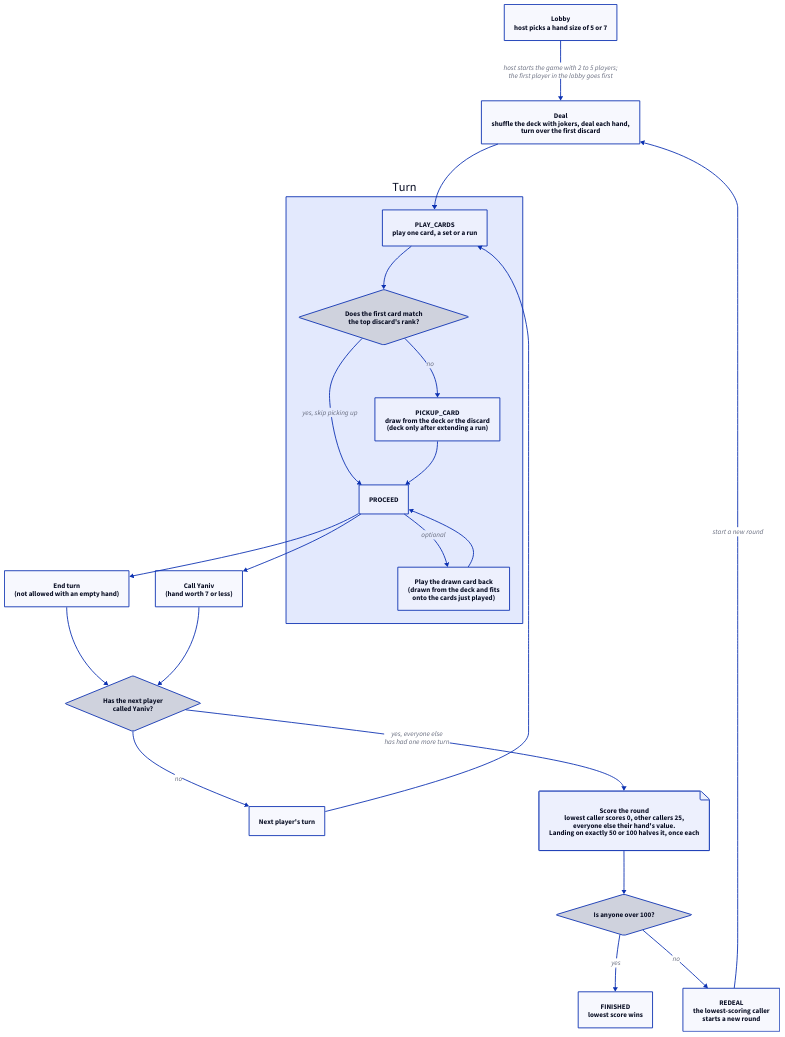
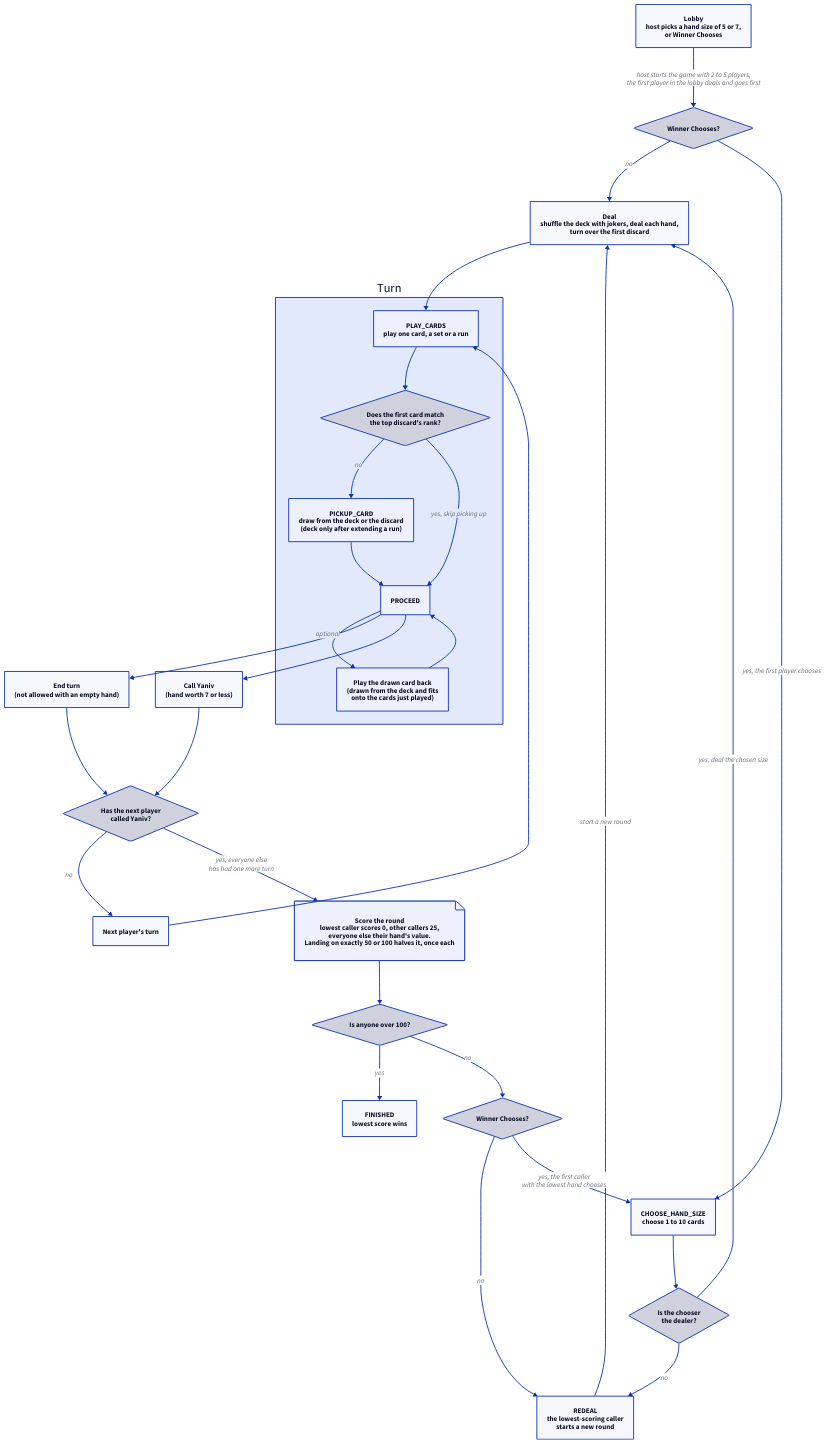
Before and after one commit to alastair-smith/card-games: the diagram in apps/docs/diagrams/flows/yaniv-game.d2, drawn with D2. The commit also changed 2 other files, not shown here.

Commit message:
📚 Add Winner Chooses to the lobby doc and Yaniv game flow

```diff
--- a/apps/docs/diagrams/flows/yaniv-game.d2
+++ b/apps/docs/diagrams/flows/yaniv-game.d2
@@ -1,47 +1,58 @@
 direction: down
 
-lobby: "Lobby\nhost picks a hand size of 5 or 7"
+lobby: "Lobby\nhost picks a hand size of 5 or 7,\nor Winner Chooses"
+first-hand-size: "Winner Chooses?" {shape: diamond}
+choose: "CHOOSE_HAND_SIZE\nchoose 1 to 10 cards"
+chooser-deals: "Is the chooser\nthe dealer?" {shape: diamond}
 deal: "Deal\nshuffle the deck with jokers, deal each hand,\nturn over the first discard"
 
 turn: "Turn" {
   play: "PLAY_CARDS\nplay one card, a set or a run"
   matches: "Does the first card match\nthe top discard's rank?" {shape: diamond}
   pickup: "PICKUP_CARD\ndraw from the deck or the discard\n(deck only after extending a run)"
   proceed: "PROCEED"
   play-back: "Play the drawn card back\n(drawn from the deck and fits\nonto the cards just played)"
 
   play -> matches
   matches -> pickup: no
   matches -> proceed: yes, skip picking up
   pickup -> proceed
   proceed -> play-back: optional
   play-back -> proceed
 }
 
 end-turn: "End turn\n(not allowed with an empty hand)"
 call-yaniv: "Call Yaniv\n(hand worth 7 or less)"
 next-called: "Has the next player\ncalled Yaniv?" {shape: diamond}
 next-player: Next player's turn
 
 score: "Score the round\nlowest caller scores 0, other callers 25,\neveryone else their hand's value.\nLanding on exactly 50 or 100 halves it, once each" {
   shape: page
 }
 over: "Is anyone over 100?" {shape: diamond}
+next-hand-size: "Winner Chooses?" {shape: diamond}
 redeal: "REDEAL\nthe lowest-scoring caller\nstarts a new round"
 finished: "FINISHED\nlowest score wins"
 
-lobby -> deal: "host starts the game with 2 to 5 players;\nthe first player in the lobby goes first"
+lobby -> first-hand-size: "host starts the game with 2 to 5 players;\nthe first player in the lobby deals and goes first"
+first-hand-size -> deal: no
+first-hand-size -> choose: "yes, the first player chooses"
+choose -> chooser-deals
+chooser-deals -> deal: "yes, deal the chosen size"
+chooser-deals -> redeal: no
 deal -> turn.play
 
 turn.proceed -> end-turn
 turn.proceed -> call-yaniv
 end-turn -> next-called
 call-yaniv -> next-called
 next-called -> next-player: no
 next-player -> turn.play
 next-called -> score: "yes, everyone else\nhas had one more turn"
 
 score -> over
 over -> finished: yes
-over -> redeal: no
+over -> next-hand-size: no
+next-hand-size -> redeal: no
+next-hand-size -> choose: "yes, the first caller\nwith the lowest hand chooses"
 redeal -> deal: start a new round
```
